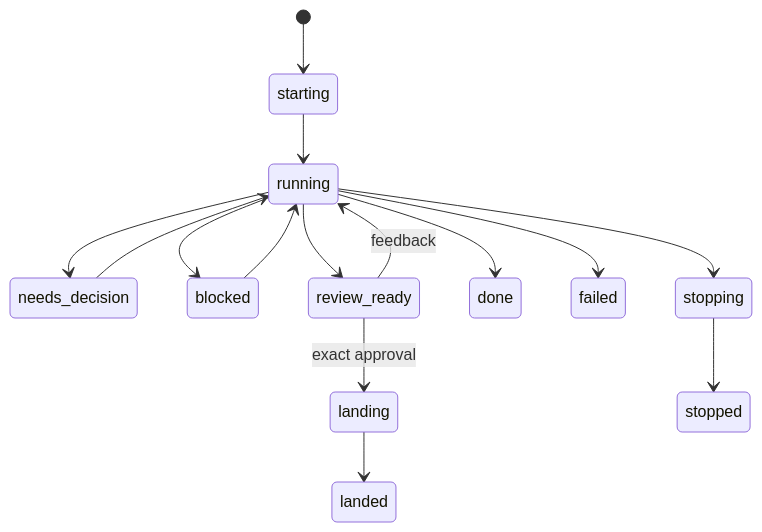
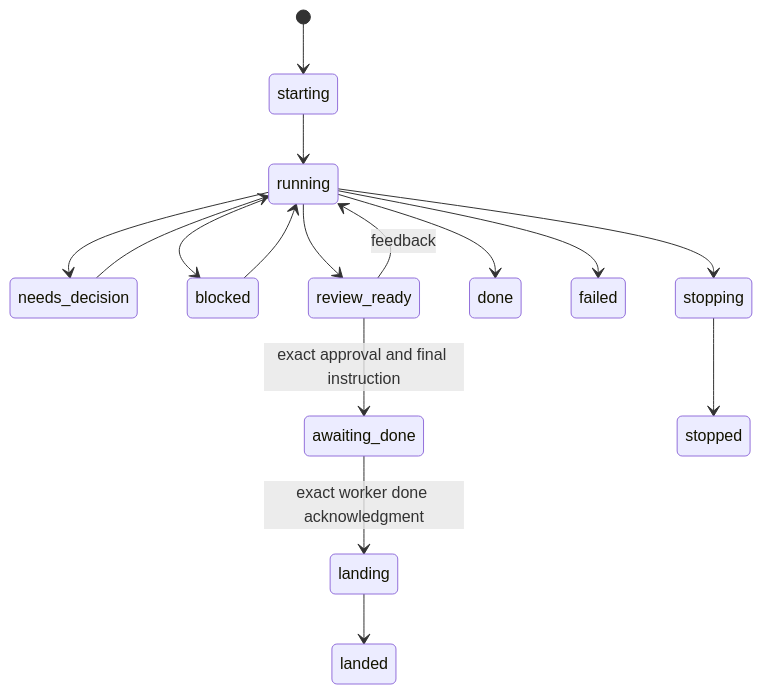
Before and after one commit to alexjercan/scufris2: the third of 5 diagrams in tasks/20260818-222337/ARCHITECTURE.md, drawn with Mermaid. The commit also changed other lines of this file and 13 other files, not shown here.

````diff
--- a/tasks/20260818-222337/ARCHITECTURE.md
+++ b/tasks/20260818-222337/ARCHITECTURE.md
@@ -249,17 +263,18 @@
 ```mermaid
 stateDiagram-v2
   [*] --> starting
   starting --> running
   running --> needs_decision
   needs_decision --> running
   running --> blocked
   blocked --> running
   running --> review_ready
   review_ready --> running: feedback
-  review_ready --> landing: exact approval
+  review_ready --> awaiting_done: exact approval and final instruction
+  awaiting_done --> landing: exact worker done acknowledgment
   landing --> landed
   running --> done
   running --> failed
   running --> stopping
   stopping --> stopped
 ```
````
